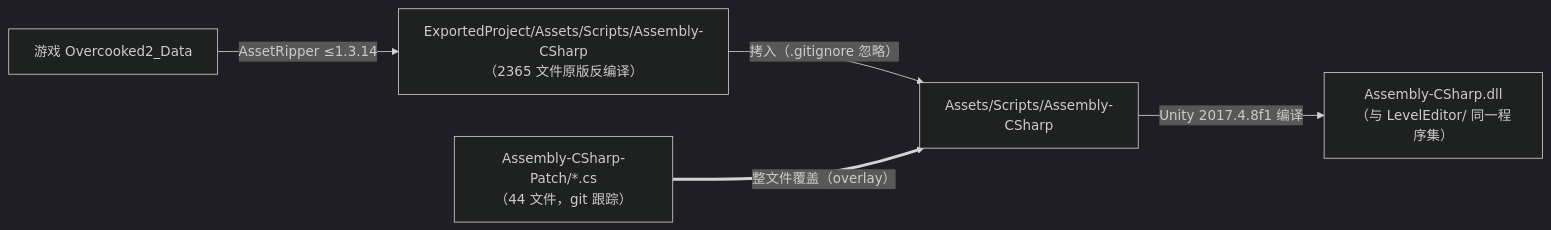
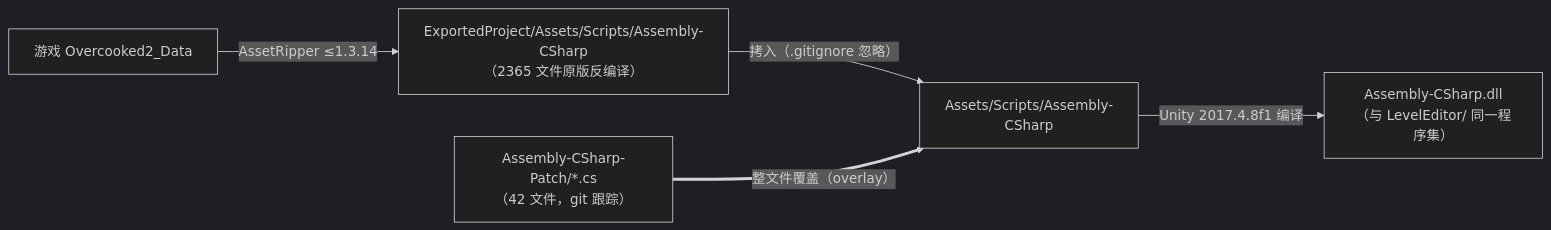
Before and after one commit to guojia99/Overcooked2-LevelEditor-WebTools: the first of 2 diagrams in layout-editor/docs/01-上游补丁-Assembly-CSharp-Patch.md, drawn with Mermaid (dark theme). The commit also changed other lines of this file and 2815 other files, not shown here.

````diff
--- a/layout-editor/docs/01-上游补丁-Assembly-CSharp-Patch.md
+++ b/layout-editor/docs/01-上游补丁-Assembly-CSharp-Patch.md
@@ -30,7 +30,7 @@
 ```mermaid
 flowchart LR
     GAME["游戏 Overcooked2_Data"] -- "AssetRipper ≤1.3.14" --> EXP["ExportedProject/Assets/Scripts/Assembly-CSharp<br/>（2365 文件原版反编译）"]
     EXP -- "拷入（.gitignore 忽略）" --> AC["Assets/Scripts/Assembly-CSharp"]
-    PATCH["Assembly-CSharp-Patch/*.cs<br/>（44 文件，git 跟踪）"] == "整文件覆盖（overlay）" ==> AC
+    PATCH["Assembly-CSharp-Patch/*.cs<br/>（42 文件，git 跟踪）"] == "整文件覆盖（overlay）" ==> AC
     AC -- "Unity 2017.4.8f1 编译" --> DLL["Assembly-CSharp.dll<br/>（与 LevelEditor/ 同一程序集）"]
 ```
````
